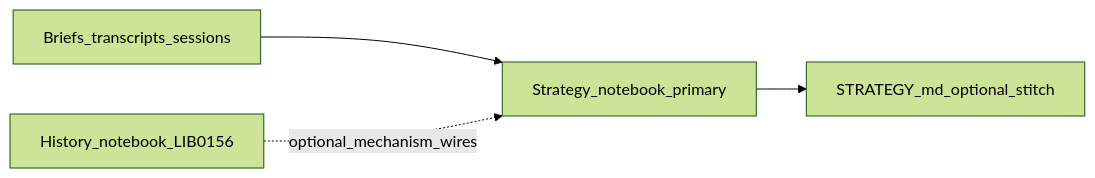
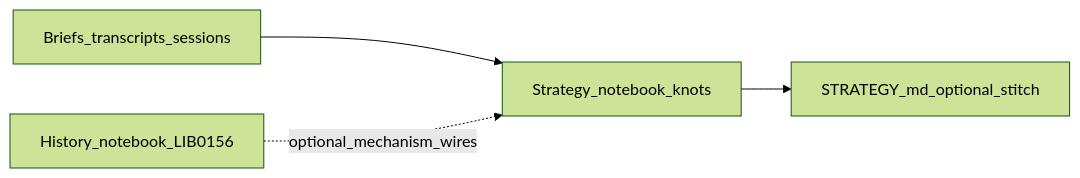
The first of 2 diagrams in docs/skill-work/work-strategy/strategy-notebook/STRATEGY-NOTEBOOK-ARCHITECTURE.md (rbtkhn/grace-mar), drawn with Mermaid (forest theme) before and after one commit. The commit also changed other lines of this file and 25 other files, not shown here.

````diff
--- a/docs/skill-work/work-strategy/strategy-notebook/STRATEGY-NOTEBOOK-ARCHITECTURE.md
+++ b/docs/skill-work/work-strategy/strategy-notebook/STRATEGY-NOTEBOOK-ARCHITECTURE.md
@@ -106,10 +106,10 @@
 ```mermaid
 flowchart LR
   inputs[Briefs_transcripts_sessions]
   hn[History_notebook_LIB0156]
-  nb[Strategy_notebook_primary]
+  nb[Strategy_notebook_knots]
   st[STRATEGY_md_optional_stitch]
   inputs --> nb
   hn -.->|optional_mechanism_wires| nb
   nb --> st
 ```
````
